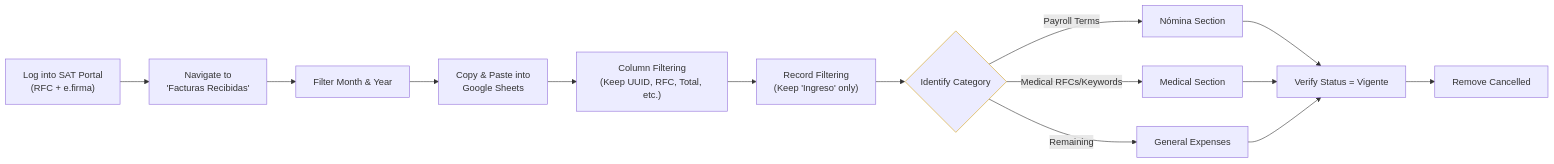
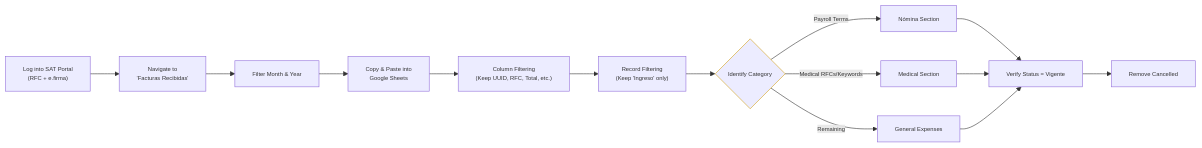
Before and after one commit to eruibal/Projects: the first of 3 diagrams in docs/Declaración mensual ER.md, drawn with Mermaid. The commit also changed other lines of this file and 4 other files, not shown here.

````diff
--- a/docs/Declaración mensual ER.md
+++ b/docs/Declaración mensual ER.md
@@ -50,33 +51,44 @@
 ```mermaid
+%%{
+  init: {
+    'flowchart': {
+      'useMaxWidth': false,
+      'htmlLabels': true
+    },
+    'themeVariables': {
+      'fontSize': '10px'
+    }
+  }
+}%%
 flowchart LR
     %% Phase 1: Data Extraction
     direction LR
     A1["Log into SAT Portal<br/>(RFC + e.firma)"] --> A2["Navigate to<br/>'Facturas Recibidas'"]
     A2 --> A3["Filter Month & Year"]
     A3 --> A4["Copy & Paste into<br/>Google Sheets"]
 
     %% Phase 2: Cleaning & Transformation
     direction LR
     B1["Column Filtering<br/>(Keep UUID, RFC, Total, etc.)"] --> B2["Record Filtering<br/>(Keep 'Ingreso' only)"]
 
     %% Phase 3: Categorization
     direction LR
     C0{"Identify Category"}
     C0 -- "Payroll Terms" --> C1["Nómina Section"]
     C0 -- "Medical RFCs/Keywords" --> C2["Medical Section"]
     C0 -- "Remaining" --> C3["General Expenses"]
 
     %% Phase 4: Final Review
     direction LR
     F1["Verify Status = Vigente"] --> F2["Remove Cancelled"]
 
     %% Inter-phase Connections
     A4 --> B1
     B2 --> C0
     C1 --> F1
     C2 --> F1
     C3 --> F1
 
     %% Styling
     style C0 fill:#fff4d,stroke:#d4a017
  ```
````
